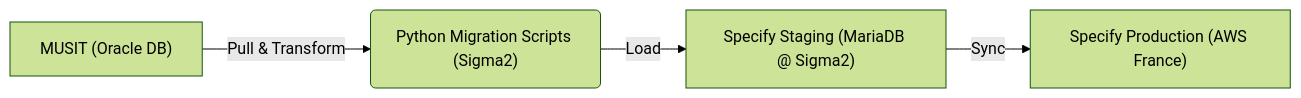
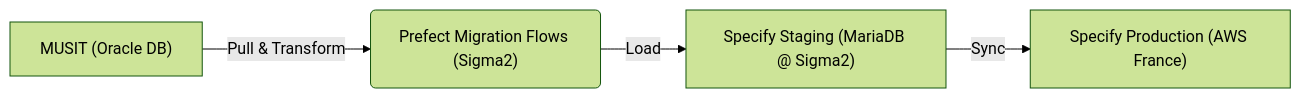
Before and after one commit to UniMus-Natur/migration: the diagram in docs/architecture.md, drawn with Mermaid (forest theme). The commit also changed other lines of this file and 7 other files, not shown here.

Commit message:
refactor: Transition migration logic from Python scripts to Prefect flows and update all related documentation.

````diff
--- a/docs/architecture.md
+++ b/docs/architecture.md
@@ -16,6 +16,6 @@
 ```mermaid
 graph LR
-    A["MUSIT (Oracle DB)"] -->|Pull & Transform| B("Python Migration Scripts (Sigma2)")
+    A["MUSIT (Oracle DB)"] -->|Pull & Transform| B("Prefect Migration Flows (Sigma2)")
     B -->|Load| C["Specify Staging (MariaDB @ Sigma2)"]
     C -->|Sync| D["Specify Production (AWS France)"]
 ```
````
